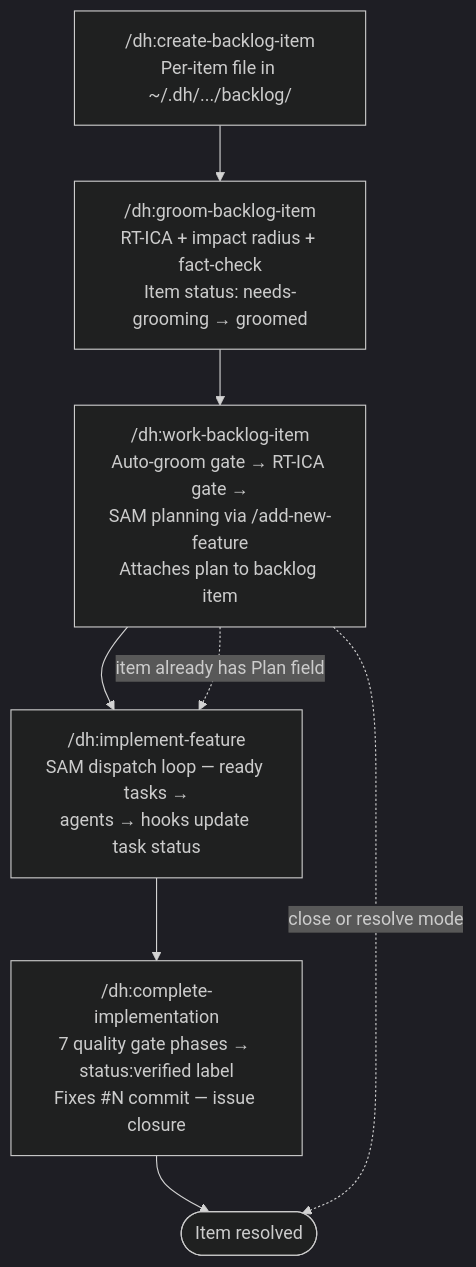
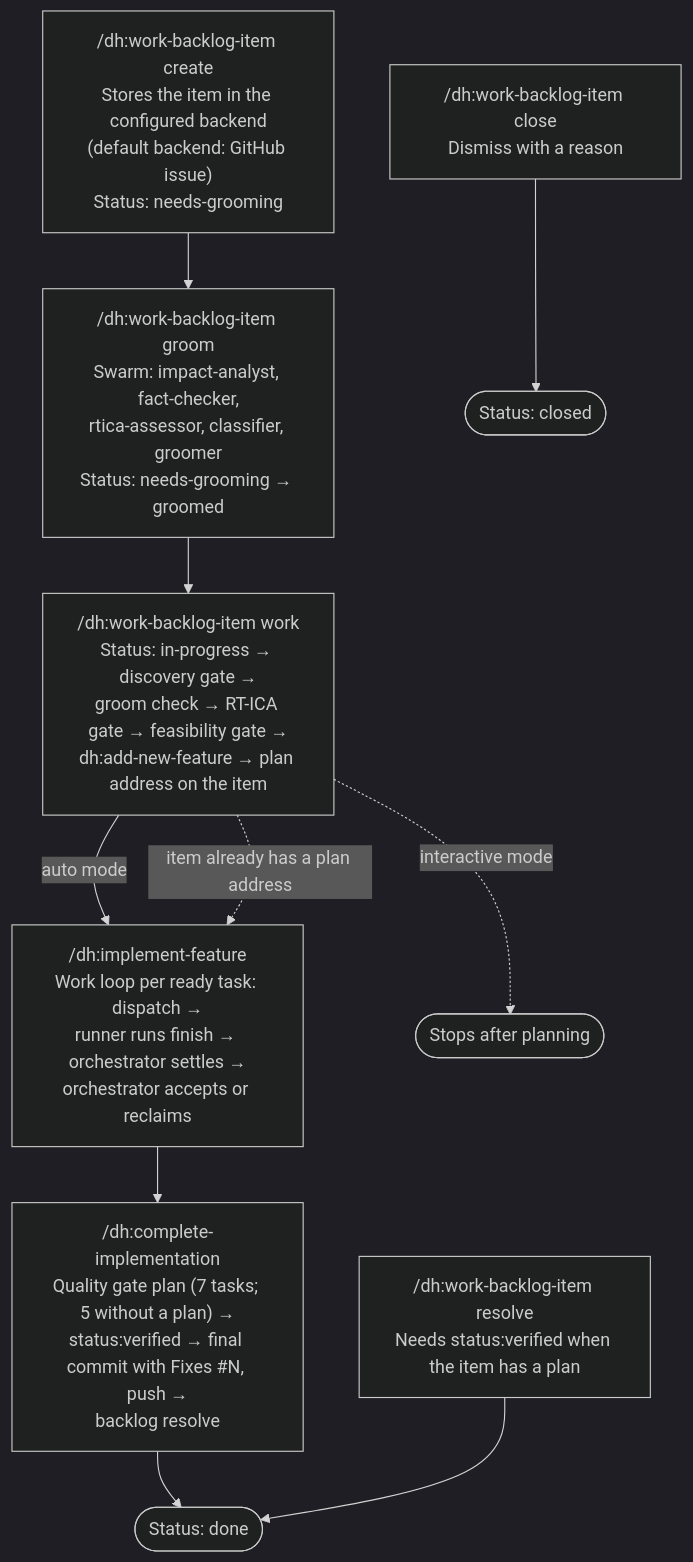
The second of 2 diagrams in plugins/development-harness/skills/development-harness/SKILL.md (Jamie-BitFlight/claude_skills), drawn with Mermaid (dark theme) before and after one commit. The commit also changed other lines of this file and 358 other files, not shown here.

First line of the commit message:
fix(dh): gate task completion on the worker's report, plus drift guards (#3427)

````diff
--- a/plugins/development-harness/skills/development-harness/SKILL.md
+++ b/plugins/development-harness/skills/development-harness/SKILL.md
@@ -59,11 +59,13 @@
 ```mermaid
 flowchart TD
-    Capture["/dh:create-backlog-item<br>Per-item file in ~/.dh/.../backlog/"] --> Groom
-    Groom["/dh:groom-backlog-item<br>RT-ICA + impact radius + fact-check<br>Item status: needs-grooming → groomed"] --> Work
-    Work["/dh:work-backlog-item<br>Auto-groom gate → RT-ICA gate →<br>SAM planning via /add-new-feature<br>Attaches plan to backlog item"] --> Execute
-    Execute["/dh:implement-feature<br>SAM dispatch loop — ready tasks →<br>agents → hooks update task status"] --> QG
-    QG["/dh:complete-implementation<br>7 quality gate phases → status:verified label<br>Fixes #N commit — issue closure"] --> Done(["Item resolved"])
+    Capture["/dh:work-backlog-item create<br>Stores the item in the configured backend<br>(default backend: GitHub issue)<br>Status: needs-grooming"] --> Groom
+    Groom["/dh:work-backlog-item groom<br>Swarm: impact-analyst, fact-checker,<br>rtica-assessor, classifier, groomer<br>Status: needs-grooming → groomed"] --> Work
+    Work["/dh:work-backlog-item work<br>Status: in-progress → discovery gate →<br>groom check → RT-ICA gate → feasibility gate →<br>dh:add-new-feature → plan address on the item"] -->|auto mode| Execute
+    Execute["/dh:implement-feature<br>Work loop per ready task: dispatch →<br>runner runs finish → orchestrator settles →<br>orchestrator accepts or reclaims"] --> QG
+    QG["/dh:complete-implementation<br>Quality gate plan (7 tasks; 5 without a plan) →<br>status:verified → final commit with Fixes #N, push →<br>backlog resolve"] --> Done(["Status: done"])
 
-    Work -.->|item already has Plan field| Execute
-    Work -.->|close or resolve mode| Done
+    Work -.->|item already has a plan address| Execute
+    Work -.->|interactive mode| Stop(["Stops after planning"])
+    Close["/dh:work-backlog-item close<br>Dismiss with a reason"] --> Closed(["Status: closed"])
+    Resolve["/dh:work-backlog-item resolve<br>Needs status:verified when the item has a plan"] --> Done
 ```
````
